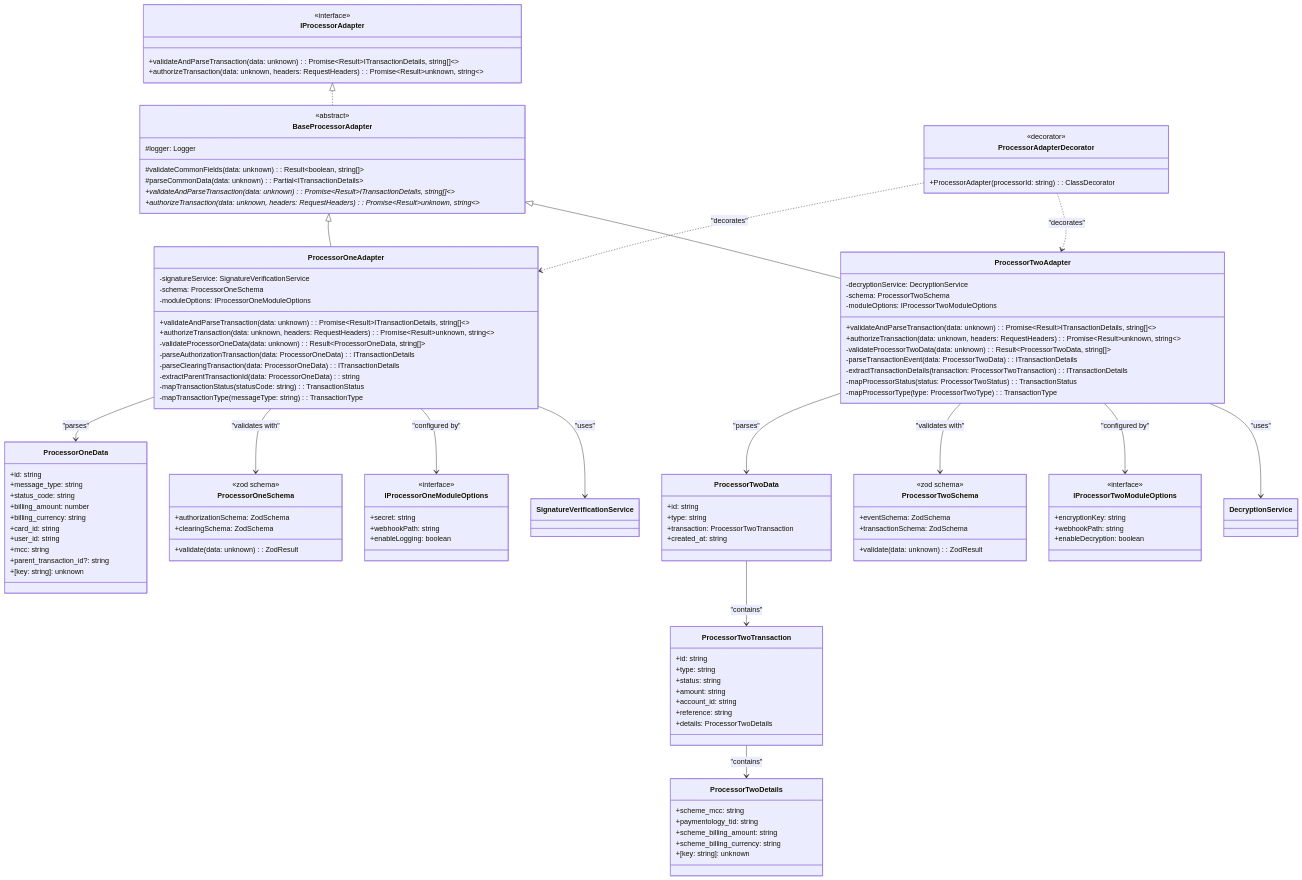
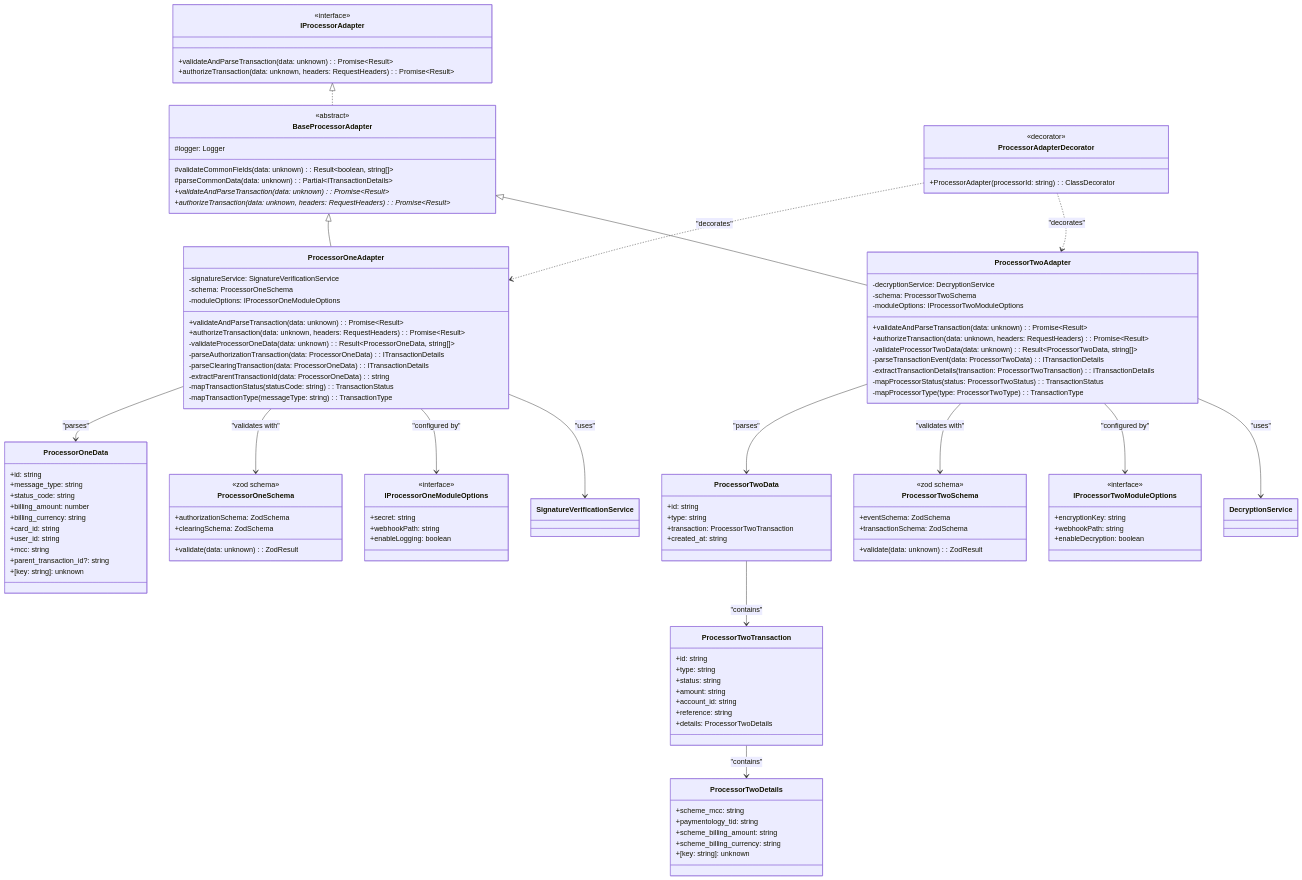
The third of 4 diagrams in docs/CLASS_DIAGRAM.md (Abdallah-Zidan/pemo-task), drawn with Mermaid before and after one commit. The commit also changed other lines of this file and 4 other files, not shown here.

```diff
--- a/docs/CLASS_DIAGRAM.md
+++ b/docs/CLASS_DIAGRAM.md
@@ -292,8 +292,8 @@
     %% Core Adapter Interface
     class IProcessorAdapter {
         <<interface>>
-        +validateAndParseTransaction(data: unknown): Promise~Result~ITransactionDetails, string[]~~
-        +authorizeTransaction(data: unknown, headers: RequestHeaders): Promise~Result~unknown, string~~
+        +validateAndParseTransaction(data: unknown): Promise~Result~
+        +authorizeTransaction(data: unknown, headers: RequestHeaders): Promise~Result~
     }
 
     %% Abstract Base Adapter
@@ -302,8 +302,8 @@
         #logger: Logger
         #validateCommonFields(data: unknown): Result~boolean, string[]~
         #parseCommonData(data: unknown): Partial~ITransactionDetails~
-        +validateAndParseTransaction(data: unknown): Promise~Result~ITransactionDetails, string[]~~*
-        +authorizeTransaction(data: unknown, headers: RequestHeaders): Promise~Result~unknown, string~~*
+        +validateAndParseTransaction(data: unknown): Promise~Result~*
+        +authorizeTransaction(data: unknown, headers: RequestHeaders): Promise~Result~*
     }
 
     %% Processor One Adapter
@@ -311,8 +311,8 @@
         -signatureService: SignatureVerificationService
         -schema: ProcessorOneSchema
         -moduleOptions: IProcessorOneModuleOptions
-        +validateAndParseTransaction(data: unknown): Promise~Result~ITransactionDetails, string[]~~
-        +authorizeTransaction(data: unknown, headers: RequestHeaders): Promise~Result~unknown, string~~
+        +validateAndParseTransaction(data: unknown): Promise~Result~
+        +authorizeTransaction(data: unknown, headers: RequestHeaders): Promise~Result~
         -validateProcessorOneData(data: unknown): Result~ProcessorOneData, string[]~
         -parseAuthorizationTransaction(data: ProcessorOneData): ITransactionDetails
         -parseClearingTransaction(data: ProcessorOneData): ITransactionDetails
@@ -326,8 +326,8 @@
         -decryptionService: DecryptionService
         -schema: ProcessorTwoSchema
         -moduleOptions: IProcessorTwoModuleOptions
-        +validateAndParseTransaction(data: unknown): Promise~Result~ITransactionDetails, string[]~~
-        +authorizeTransaction(data: unknown, headers: RequestHeaders): Promise~Result~unknown, string~~
+        +validateAndParseTransaction(data: unknown): Promise~Result~
+        +authorizeTransaction(data: unknown, headers: RequestHeaders): Promise~Result~
         -validateProcessorTwoData(data: unknown): Result~ProcessorTwoData, string[]~
         -parseTransactionEvent(data: ProcessorTwoData): ITransactionDetails
         -extractTransactionDetails(transaction: ProcessorTwoTransaction): ITransactionDetails
```
